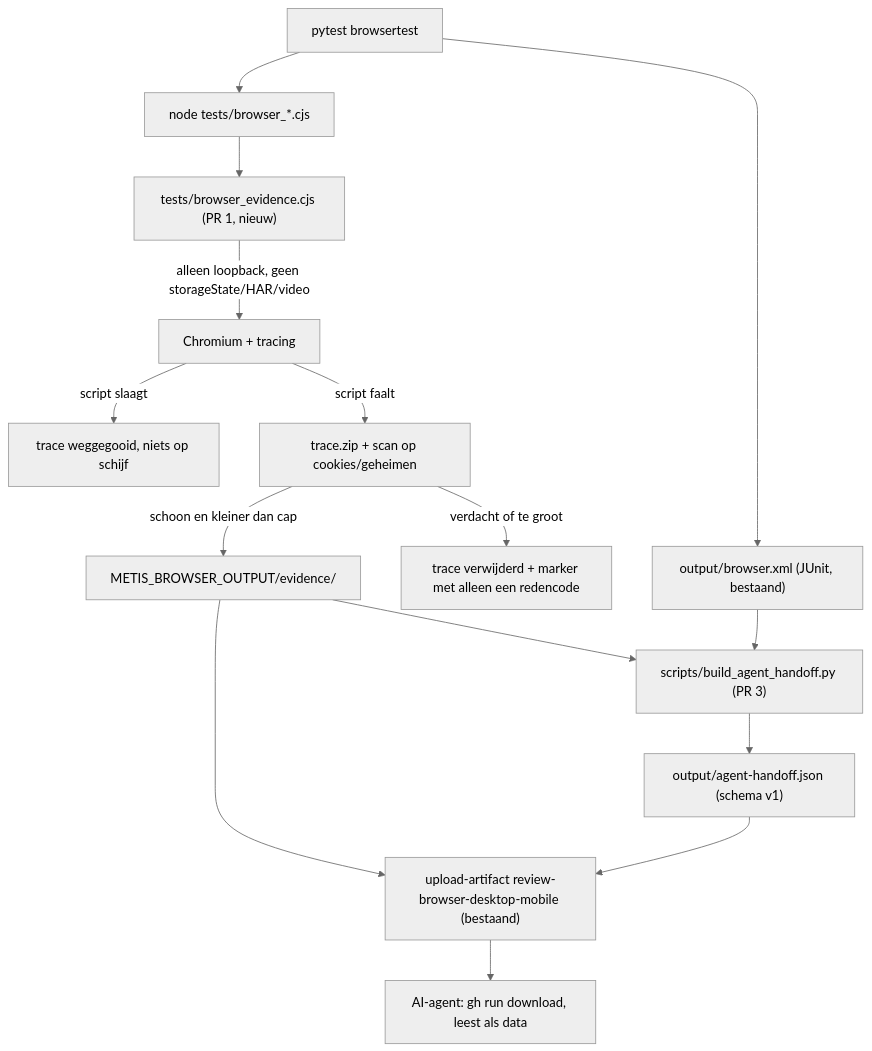
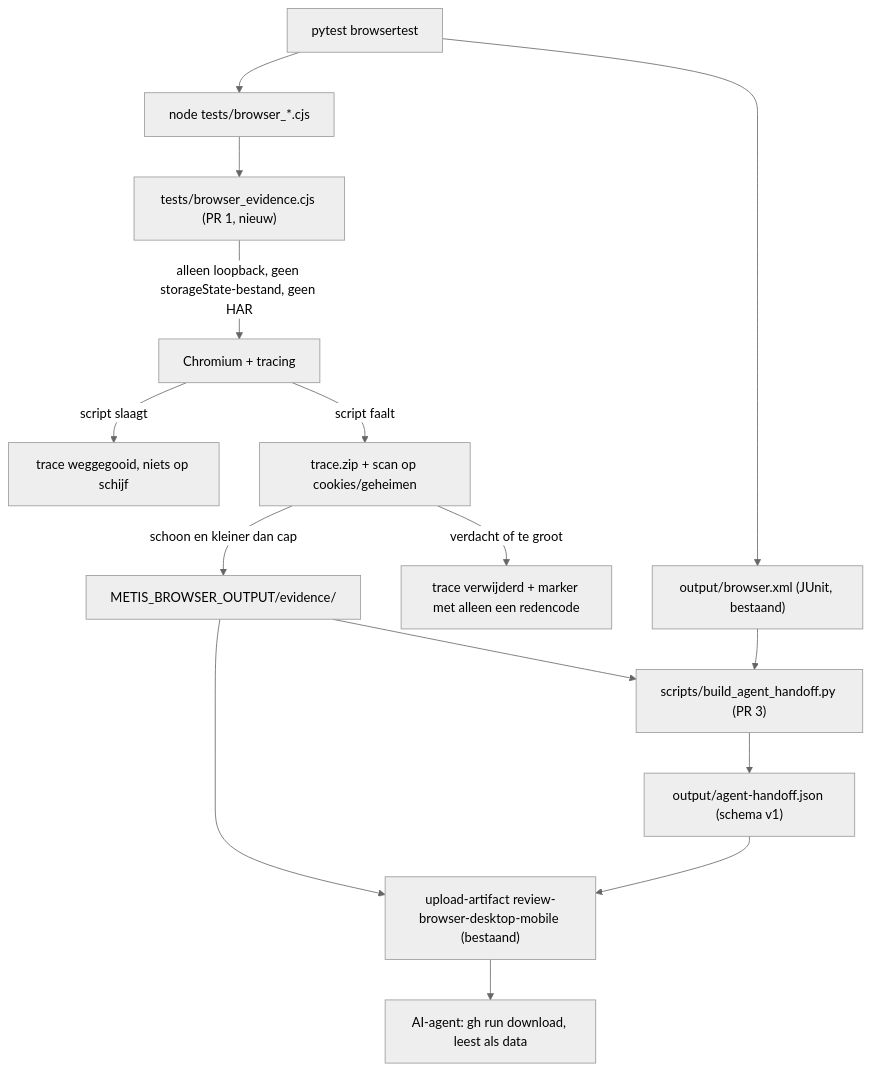
One commit to WilliamGomes41/Metis-DS changed the diagram in docs/change-contracts/1107-playwright-trace-on-failure.md. Above: the diagram before and after it, drawn with Mermaid (neutral theme). The commit also changed other lines of this file, not shown here.

Commit message:
docs: correct session/video facts in the #1107 design

````diff
--- a/docs/change-contracts/1107-playwright-trace-on-failure.md
+++ b/docs/change-contracts/1107-playwright-trace-on-failure.md
@@ -37,17 +37,17 @@
 ```mermaid
 flowchart TD
     A["pytest browsertest"] --> B["node tests/browser_*.cjs"]
     B --> C["tests/browser_evidence.cjs (PR 1, nieuw)"]
-    C -->|"alleen loopback, geen storageState/HAR/video"| D["Chromium + tracing"]
+    C -->|"alleen loopback, geen storageState-bestand, geen HAR"| D["Chromium + tracing"]
     D -->|"script slaagt"| E["trace weggegooid, niets op schijf"]
     D -->|"script faalt"| F["trace.zip + scan op cookies/geheimen"]
     F -->|"schoon en kleiner dan cap"| G["METIS_BROWSER_OUTPUT/evidence/"]
     F -->|"verdacht of te groot"| H["trace verwijderd + marker met alleen een redencode"]
     G --> I["upload-artifact review-browser-desktop-mobile (bestaand)"]
     A --> J["output/browser.xml (JUnit, bestaand)"]
     J --> K["scripts/build_agent_handoff.py (PR 3)"]
     G --> K
     K --> L["output/agent-handoff.json (schema v1)"]
     L --> I
     I --> M["AI-agent: gh run download, leest als data"]
 ```
````
